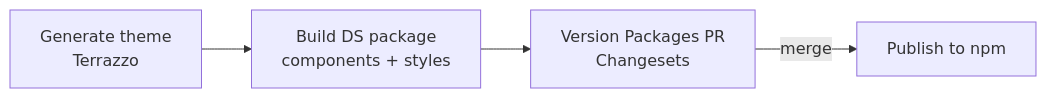
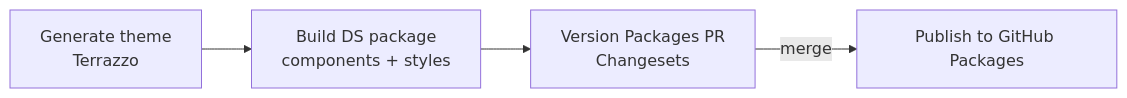
Before and after one commit to cascade-ds/cascade-design-system: the diagram in README.md, drawn with Mermaid. The commit also changed other lines of this file and 10 other files, not shown here.

````diff
--- a/README.md
+++ b/README.md
@@ -328,6 +344,6 @@
 ```mermaid
 flowchart LR
     A[Generate theme\nTerrazzo] --> B[Build DS package\ncomponents + styles]
     B --> C[Version Packages PR\nChangesets]
-    C -->|merge| D[Publish to npm]
+    C -->|merge| D[Publish to GitHub Packages]
 ```
````
